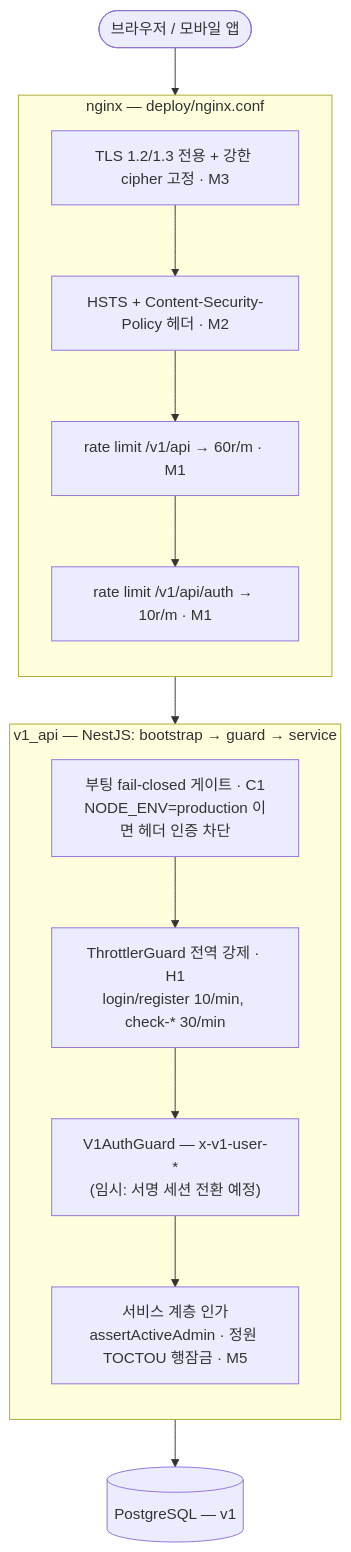
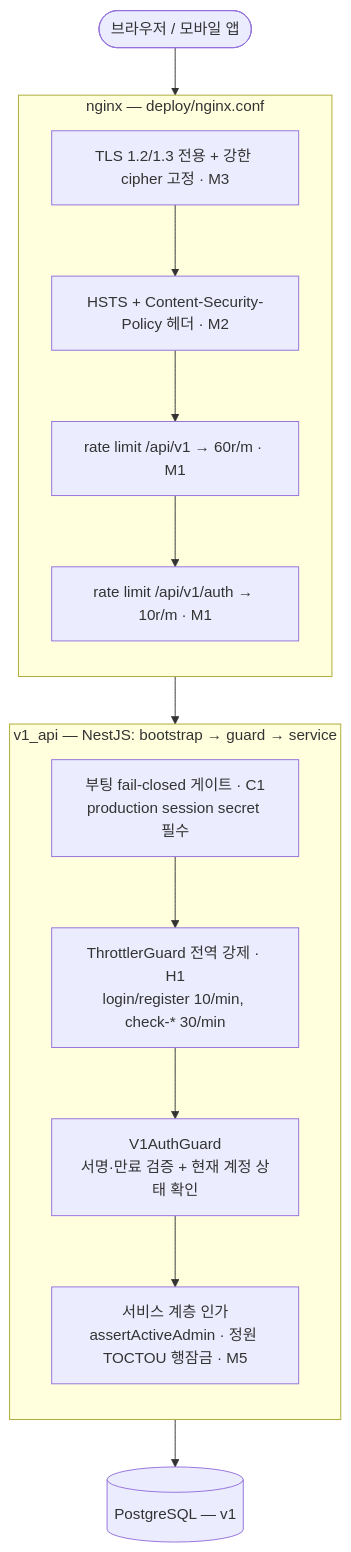
One commit to kim-song-jun/matchup-sports-platform changed the first of 3 diagrams in docs/security/v1-deploy-security-hardening.md. Above: the diagram before and after it, drawn with Mermaid. The commit also changed other lines of this file and 25 other files, not shown here.

````diff
--- a/docs/security/v1-deploy-security-hardening.md
+++ b/docs/security/v1-deploy-security-hardening.md
@@ -22,26 +27,26 @@
 ```mermaid
 flowchart TB
     Client(["브라우저 / 모바일 앱"])
 
     subgraph Edge["nginx — deploy/nginx.conf"]
         direction TB
         E1["TLS 1.2/1.3 전용 + 강한 cipher 고정 · M3"]
         E2["HSTS + Content-Security-Policy 헤더 · M2"]
-        E3["rate limit /v1/api → 60r/m · M1"]
-        E4["rate limit /v1/api/auth → 10r/m · M1"]
+        E3["rate limit /api/v1 → 60r/m · M1"]
+        E4["rate limit /api/v1/auth → 10r/m · M1"]
         E1 --> E2 --> E3 --> E4
     end
 
     subgraph Api["v1_api — NestJS: bootstrap → guard → service"]
         direction TB
-        A1["부팅 fail-closed 게이트 · C1<br/>NODE_ENV=production 이면 헤더 인증 차단"]
+        A1["부팅 fail-closed 게이트 · C1<br/>production session secret 필수"]
         A2["ThrottlerGuard 전역 강제 · H1<br/>login/register 10/min, check-* 30/min"]
-        A3["V1AuthGuard — x-v1-user-*<br/>(임시: 서명 세션 전환 예정)"]
+        A3["V1AuthGuard<br/>서명·만료 검증 + 현재 계정 상태 확인"]
         A4["서비스 계층 인가<br/>assertActiveAdmin · 정원 TOCTOU 행잠금 · M5"]
         A1 --> A2 --> A3 --> A4
     end
 
     DB[("PostgreSQL — v1")]
 
     Client --> Edge --> Api --> DB
 ```
````
